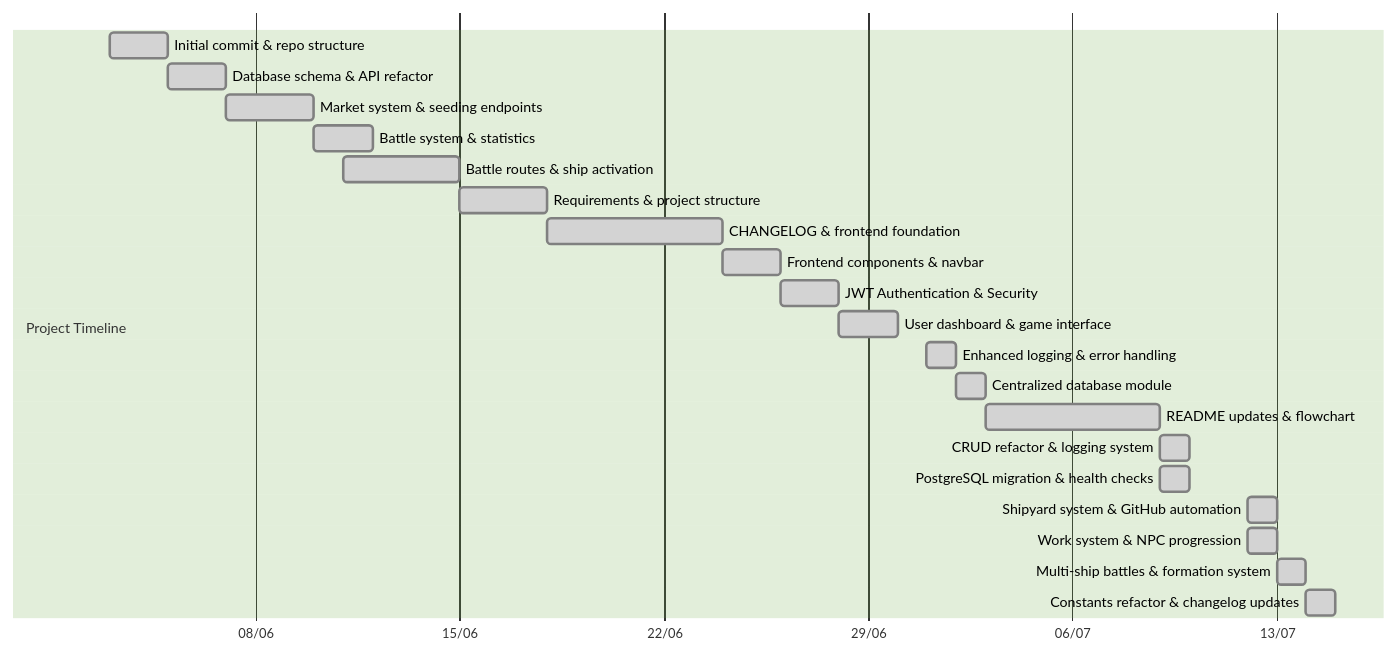
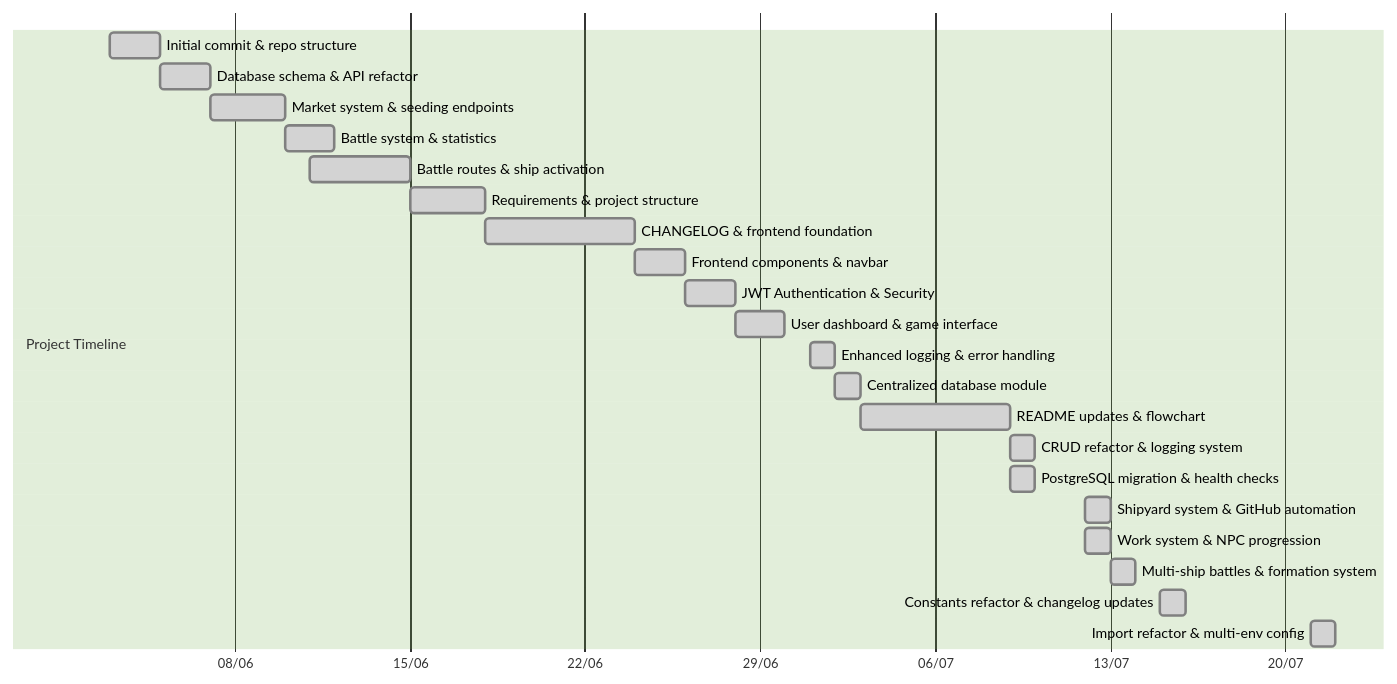
Before and after one commit to FilipePacheco73/Bellum-Astrum: the second of 2 diagrams in README.md, drawn with Mermaid (forest theme). The commit also changed other lines of this file and 20 other files, not shown here.

Commit message:
feat: Refactor backend configuration and database management; enhance multi-environment support and improve import structure

````diff
--- a/README.md
+++ b/README.md
@@ -423,25 +523,26 @@
 ```mermaid
 gantt
 dateFormat  YYYY-MM-DD
 axisFormat  %d/%m
 section Project Timeline
 Initial commit & repo structure        :done,    des1, 2025-06-03, 2d
 Database schema & API refactor         :done,    des2, 2025-06-05, 2d
 Market system & seeding endpoints      :done,    des3, 2025-06-07, 3d
 Battle system & statistics             :done,    des4, 2025-06-10, 2d
 Battle routes & ship activation        :done,    des5, 2025-06-11, 4d
 Requirements & project structure       :done,    des6, 2025-06-15, 3d
 CHANGELOG & frontend foundation        :done,    des7, 2025-06-18, 6d
 Frontend components & navbar           :done,    des8, 2025-06-24, 2d
 JWT Authentication & Security          :done,    des9, 2025-06-26, 2d
 User dashboard & game interface        :done,    des10, 2025-06-28, 2d
 Enhanced logging & error handling      :done,    des11, 2025-07-01, 1d
 Centralized database module            :done,    des12, 2025-07-02, 1d
 README updates & flowchart             :done,    des13, 2025-07-03, 6d
 CRUD refactor & logging system         :done,    des14, 2025-07-09, 1d
 PostgreSQL migration & health checks   :done,    des15, 2025-07-09, 1d
 Shipyard system & GitHub automation    :done,    des16, 2025-07-12, 1d
 Work system & NPC progression          :done,    des17, 2025-07-12, 1d
 Multi-ship battles & formation system  :done,    des18, 2025-07-13, 1d
-Constants refactor & changelog updates      :done,    des19, 2025-07-14, 1d
+Constants refactor & changelog updates :done,    des19, 2025-07-15, 1d
+Import refactor & multi-env config     :done,    des20, 2025-07-21, 1d
 ```
````
